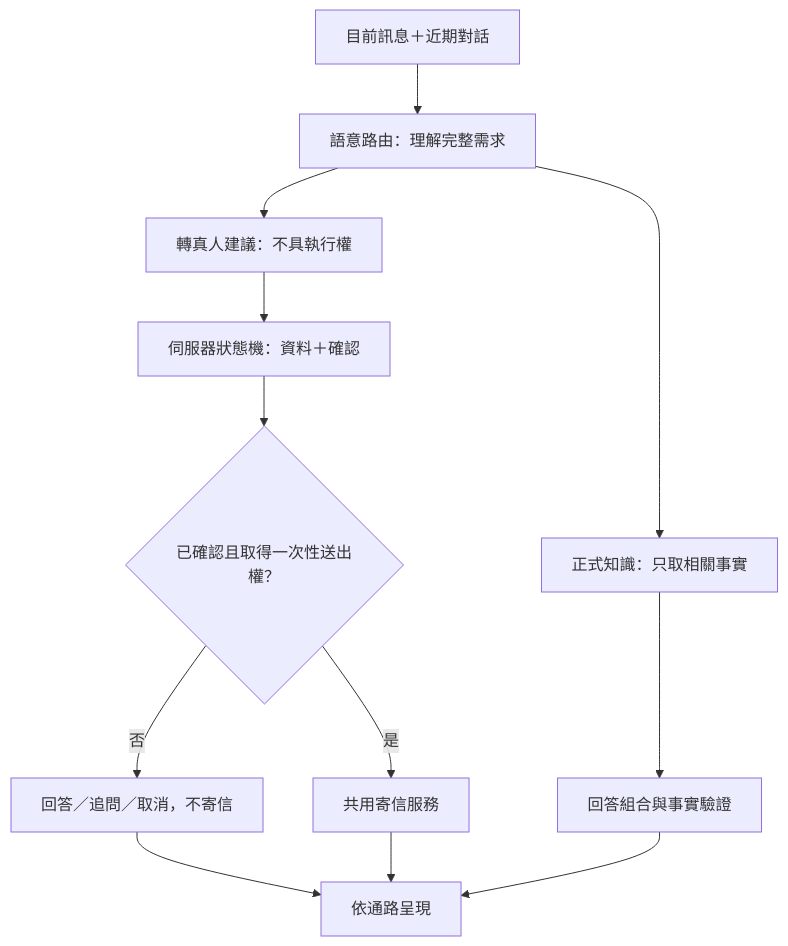
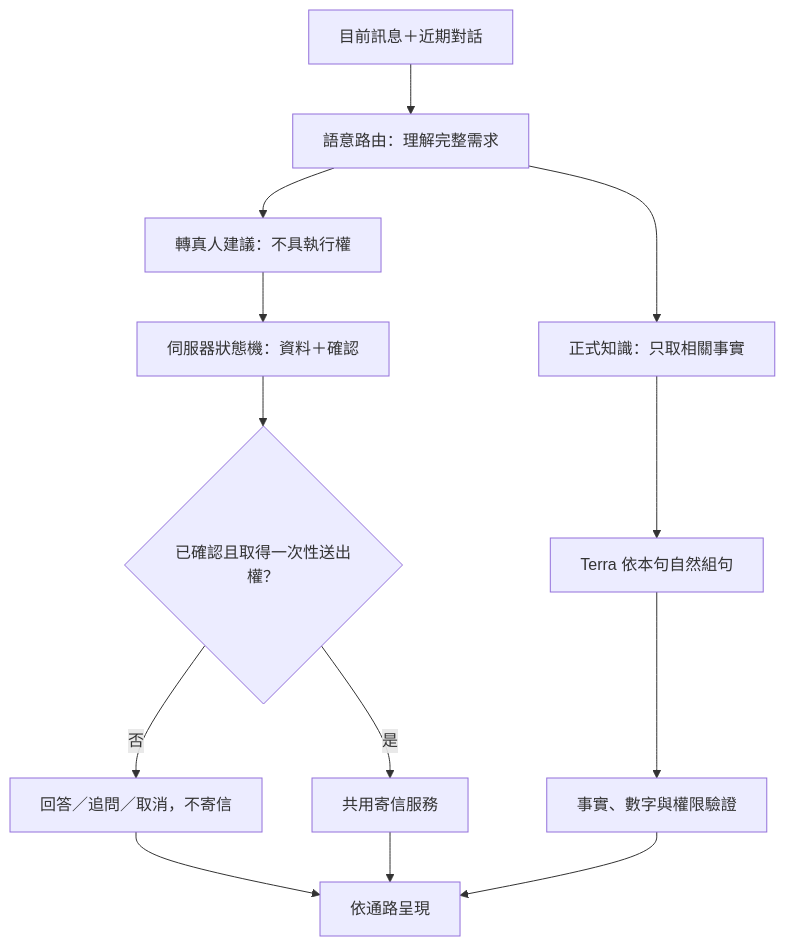
The diagram in docs/ai-front-desk-complete-logic.md (hotelmapp/hotelmapp), drawn with Mermaid before and after one commit. The commit also changed other lines of this file and 13 other files, not shown here.

````diff
--- a/docs/ai-front-desk-complete-logic.md
+++ b/docs/ai-front-desk-complete-logic.md
@@ -15,14 +15,15 @@
 ```mermaid
 flowchart TD
     A["目前訊息＋近期對話"] --> B["語意路由：理解完整需求"]
     B --> C["正式知識：只取相關事實"]
     B --> D["轉真人建議：不具執行權"]
     D --> E["伺服器狀態機：資料＋確認"]
     E --> F{"已確認且取得一次性送出權？"}
     F -- 否 --> G["回答／追問／取消，不寄信"]
     F -- 是 --> H["共用寄信服務"]
-    C --> I["回答組合與事實驗證"]
+    C --> I["Terra 依本句自然組句"]
+    I --> K["事實、數字與權限驗證"]
     G --> J["依通路呈現"]
     H --> J
-    I --> J
+    K --> J
 ```
````
